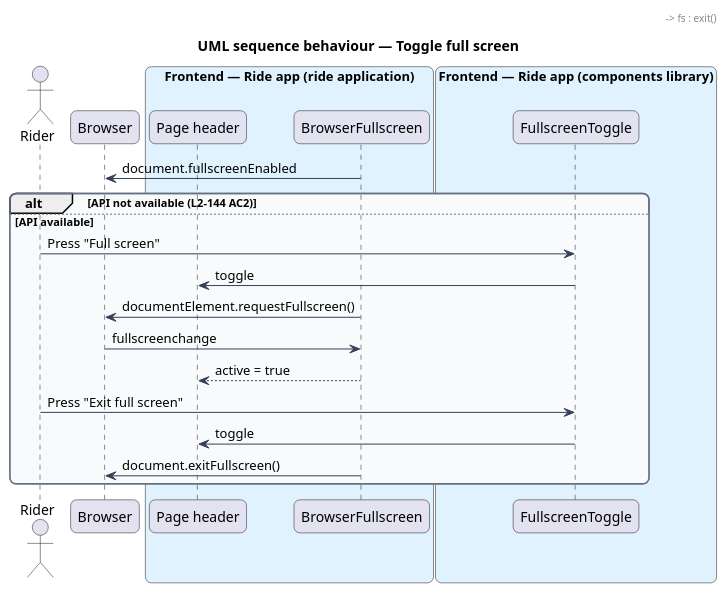
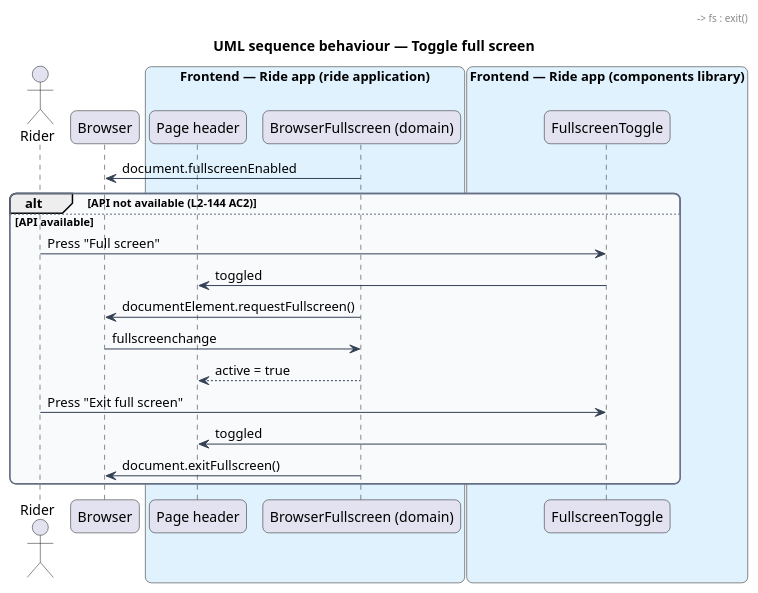
One commit to QuinntyneBrown/ride-one changed the diagram in docs/detailed-designs/ui/switch-theme-and-full-screen/diagrams/sequence-toggle-full-screen.puml. Above: the diagram before and after it, drawn with PlantUML. The commit also changed 27 other files, not shown here.

```diff
--- a/docs/detailed-designs/ui/switch-theme-and-full-screen/diagrams/sequence-toggle-full-screen.puml
+++ b/docs/detailed-designs/ui/switch-theme-and-full-screen/diagrams/sequence-toggle-full-screen.puml
@@ -1,44 +1,44 @@
 @startuml
 title UML sequence behaviour — Toggle full screen
 skinparam backgroundColor #FFFFFF
 skinparam shadowing false
 skinparam roundcorner 12
 skinparam defaultFontName Arial
 skinparam ArrowColor #344054
 skinparam rectangle {
   BorderColor #344054
   FontColor #101828
 }
 skinparam package {
   BorderColor #667085
   FontColor #101828
   BackgroundColor #F9FAFB
 }
 actor "Rider" as actor
 participant "Browser" as browser
 box "Frontend — Ride app (ride application)" #E0F2FE
   participant "Page header" as header
-  participant "BrowserFullscreen" as fs
+  participant "BrowserFullscreen (domain)" as fs
 end box
 box "Frontend — Ride app (components library)" #E0F2FE
   participant "FullscreenToggle" as toggle
 end box
 header -> fs : available()
 fs -> browser : document.fullscreenEnabled
 alt API not available (L2-144 AC2)
   header -> header : Render no toggle
 else API available
   header -> toggle : Render with active = false, label "Full screen"
   actor -> toggle : Press "Full screen"
-  toggle -> header : toggle
+  toggle -> header : toggled
   header -> fs : enter()
   fs -> browser : documentElement.requestFullscreen()
   browser -> fs : fullscreenchange
   fs --> header : active = true
   header -> toggle : active = true, label "Exit full screen" (L2-144 AC1)
   actor -> toggle : Press "Exit full screen"
-  toggle -> header : toggle
+  toggle -> header : toggled
   header -> fs : exit()
   fs -> browser : document.exitFullscreen()
 end
 @enduml
```
